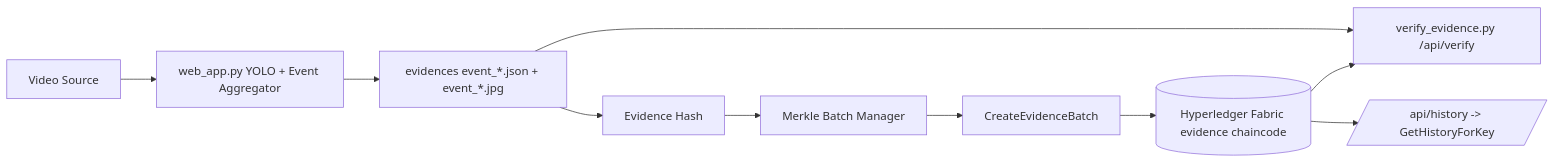
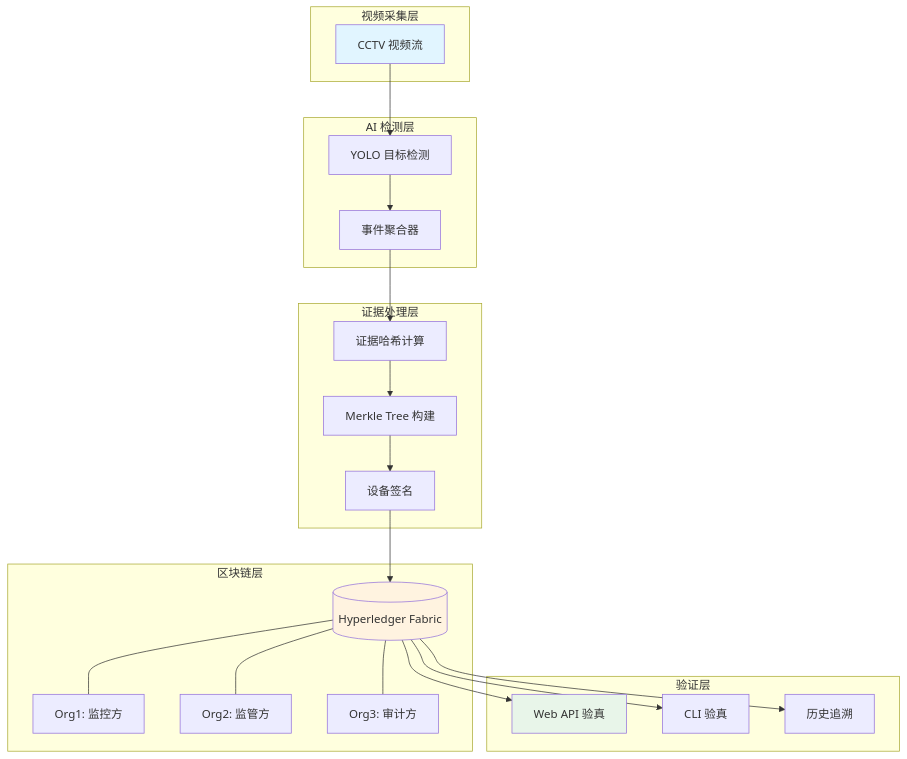
Before and after one commit to NgokzittYu/CCTV-W-FABRIC: the diagram in README.md, drawn with Mermaid. The commit also changed other lines of this file and 16 other files, not shown here.

````diff
--- a/README.md
+++ b/README.md
@@ -12,12 +82,45 @@
 ```mermaid
-flowchart LR
-    A[Video Source] --> B[web_app.py YOLO + Event Aggregator]
-    B --> C[evidences event_*.json + event_*.jpg]
-    C --> D[Evidence Hash]
-    D --> E[Merkle Batch Manager]
-    E --> F[CreateEvidenceBatch]
-    F --> G[(Hyperledger Fabric evidence chaincode)]
-    C --> H[verify_evidence.py /api/verify]
-    G --> H
-    G --> I[/api/history -> GetHistoryForKey/]
+flowchart TB
+    subgraph "视频采集层"
+        A[CCTV 视频流]
+    end
+
+    subgraph "AI 检测层"
+        B[YOLO 目标检测]
+        C[事件聚合器]
+        B --> C
+    end
+
+    subgraph "证据处理层"
+        D[证据哈希计算]
+        E[Merkle Tree 构建]
+        F[设备签名]
+        C --> D --> E --> F
+    end
+
+    subgraph "区块链层"
+        G[(Hyperledger Fabric)]
+        H[Org1: 监控方]
+        I[Org2: 监管方]
+        J[Org3: 审计方]
+        G --- H
+        G --- I
+        G --- J
+    end
+
+    subgraph "验证层"
+        K[Web API 验真]
+        L[CLI 验真]
+        M[历史追溯]
+    end
+
+    A --> B
+    F --> G
+    G --> K
+    G --> L
+    G --> M
+
+    style A fill:#e1f5ff
+    style G fill:#fff3e0
+    style K fill:#e8f5e9
 ```
````
